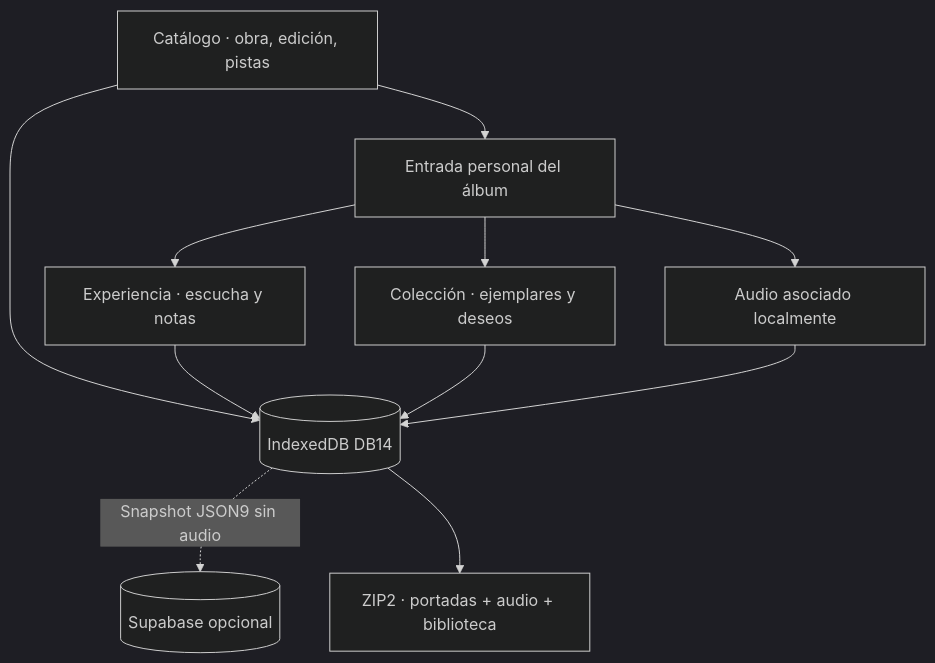
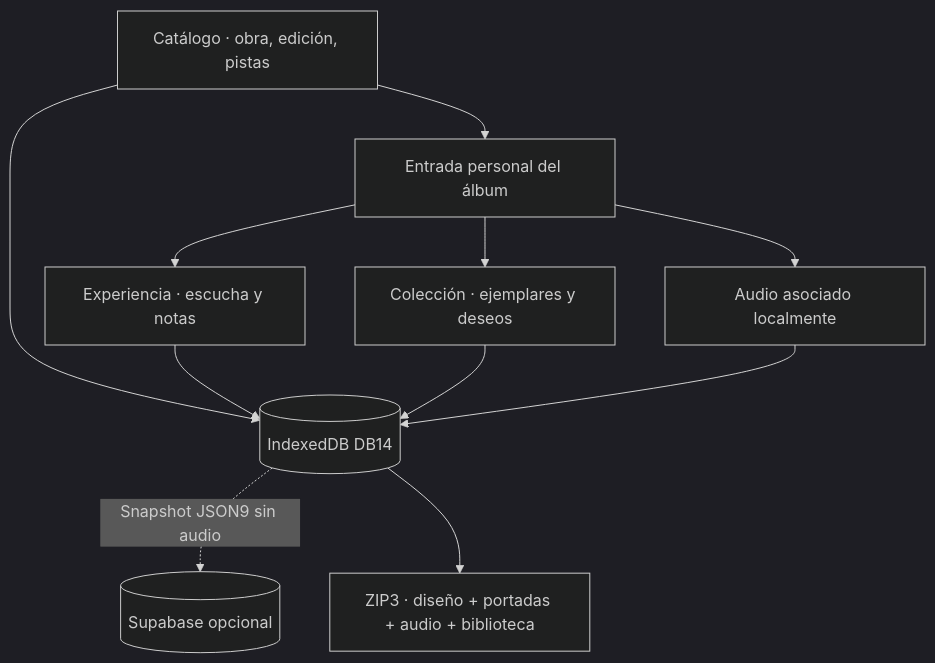
The diagram in docs/README.md (NicoCG32/Auditorium), drawn with Mermaid (dark theme) before and after one commit. The commit also changed other lines of this file and 43 other files, not shown here.

````diff
--- a/docs/README.md
+++ b/docs/README.md
@@ -35,13 +35,13 @@
 ```mermaid
 flowchart TD
     A["Catálogo · obra, edición, pistas"] --> U["Entrada personal del álbum"]
     U --> E["Experiencia · escucha y notas"]
     U --> C["Colección · ejemplares y deseos"]
     U --> L["Audio asociado localmente"]
     A --> B[("IndexedDB DB14")]
     E --> B
     C --> B
     L --> B
     B -. "Snapshot JSON9 sin audio" .-> R[("Supabase opcional")]
-    B --> Z["ZIP2 · portadas + audio + biblioteca"]
+    B --> Z["ZIP3 · diseño + portadas + audio + biblioteca"]
 ```
````
